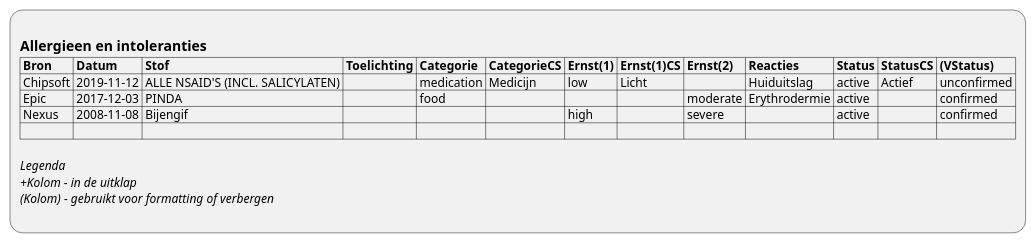
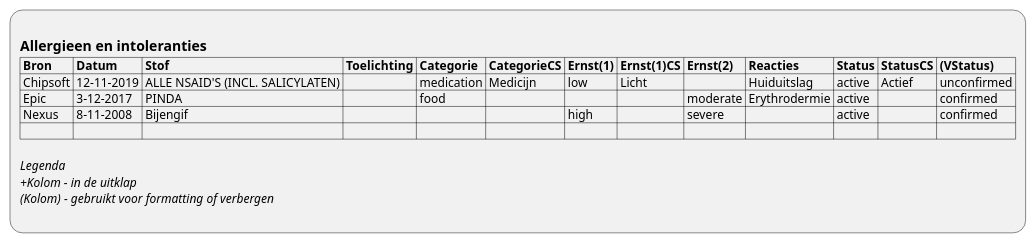
The diagram in input/images-source/ViewDefinition-AllergyIntolerance.plantuml (RIVO-Noord/zorgviewer-ig), drawn with PlantUML before and after one commit. The commit also changed 14 other files, not shown here.

```diff
--- a/input/images-source/ViewDefinition-AllergyIntolerance.plantuml
+++ b/input/images-source/ViewDefinition-AllergyIntolerance.plantuml
@@ -1,14 +1,14 @@
 @startuml ViewDefinition-AllergyIntolerance
 :
 == Allergieen en intoleranties
 |= Bron |= Datum |= Stof |= Toelichting |= Categorie |= CategorieCS |= Ernst(1) |= Ernst(1)CS |= Ernst(2) |= Reacties |= Status |= StatusCS |= (VStatus) |
-| Chipsoft | 2019-11-12 | ALLE NSAID'S (INCL. SALICYLATEN) |  | medication | Medicijn | low | Licht |  | Huiduitslag | active | Actief | unconfirmed |
-| Epic | 2017-12-03 | PINDA |  | food |  |  |  | moderate | Erythrodermie | active |  | confirmed |
-| Nexus | 2008-11-08 | Bijengif |  |  |  | high |  | severe |  | active |  | confirmed |
+| Chipsoft | 12-11-2019 | ALLE NSAID'S (INCL. SALICYLATEN) |  | medication | Medicijn | low | Licht |  | Huiduitslag | active | Actief | unconfirmed |
+| Epic | 3-12-2017 | PINDA |  | food |  |  |  | moderate | Erythrodermie | active |  | confirmed |
+| Nexus | 8-11-2008 | Bijengif |  |  |  | high |  | severe |  | active |  | confirmed |
 | |
 
 //Legenda//
 //+Kolom - in de uitklap//
 //(Kolom) - gebruikt voor formatting of verbergen//
 ;
 @enduml
```
